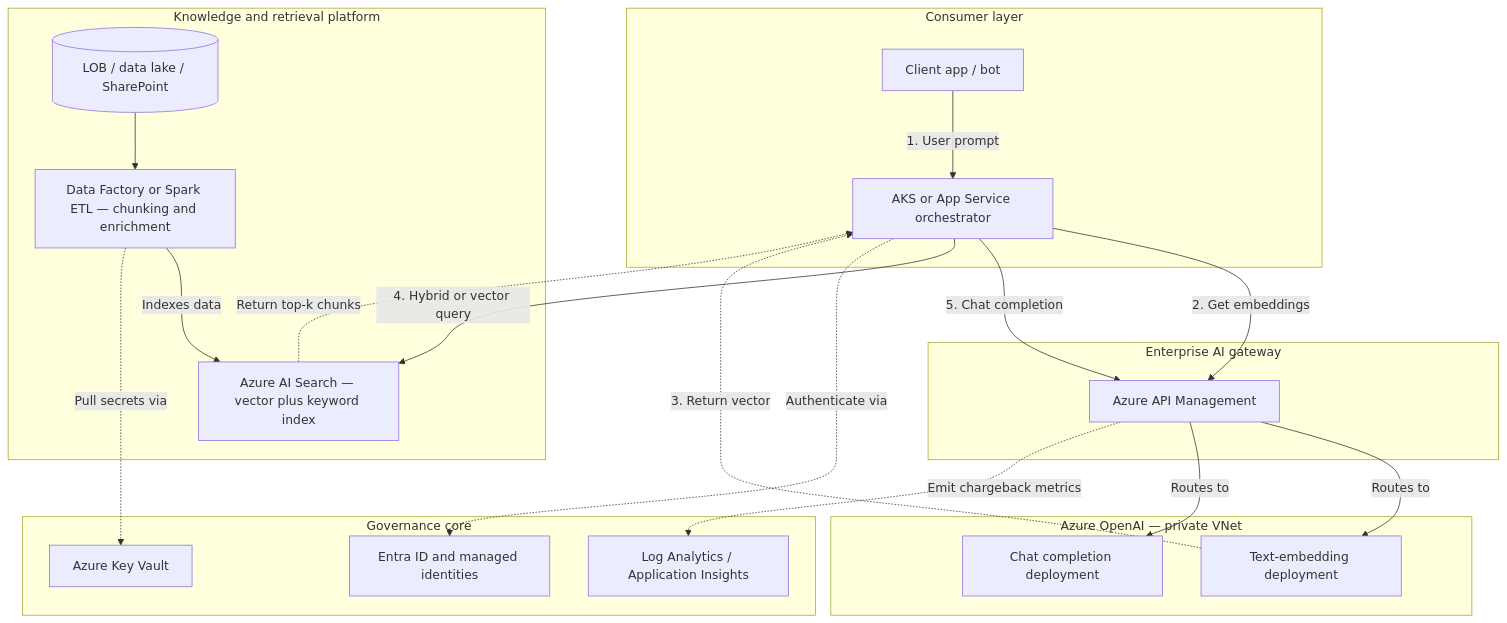
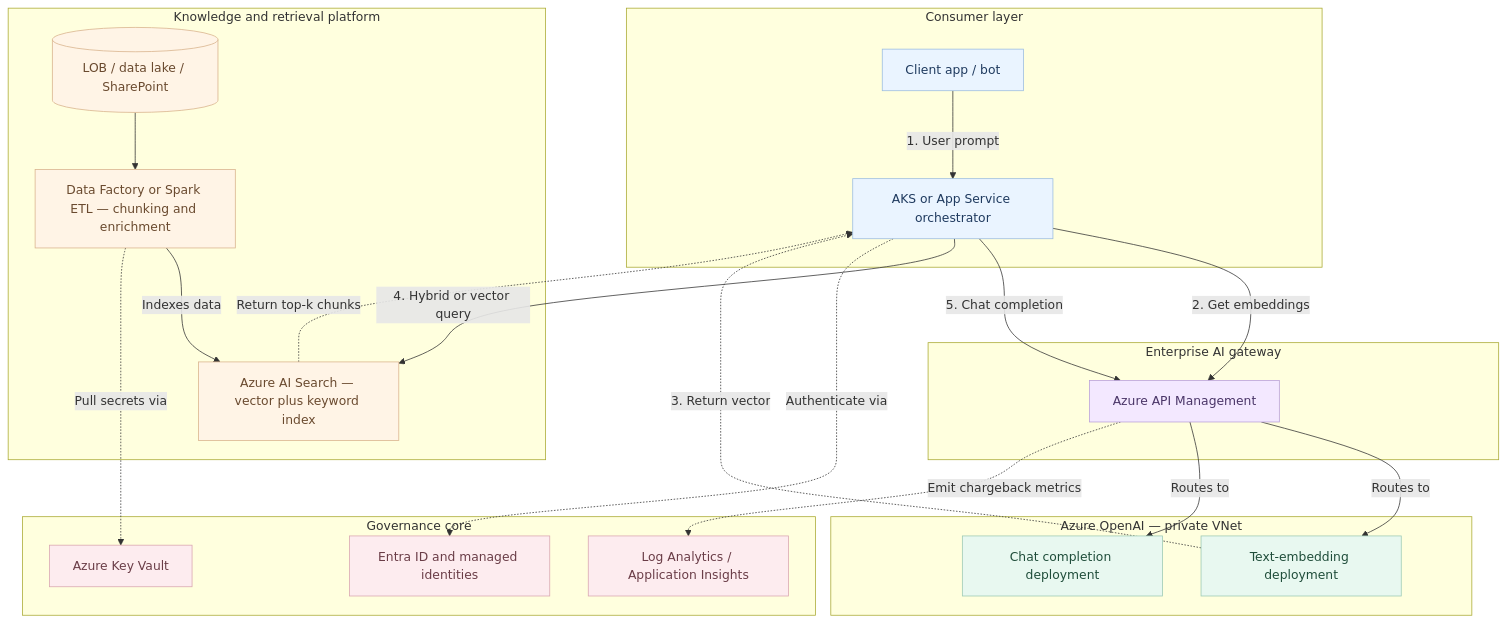
Before and after one commit to SwamysArchitectJourney-2026/system-design-playbook: the diagram in src/99_interview-qna/09_solution-architect-platform-ai-azure/02_core_questions/enterprise-rag-platform-principal/architecture.md, drawn with Mermaid. The commit also changed other lines of this file and 5 other files, not shown here.

Commit message:
Enhance payment system interview resources: add mermaid diagrams, improve documentation structure, and clarify module navigation

````diff
--- a/src/99_interview-qna/09_solution-architect-platform-ai-azure/02_core_questions/enterprise-rag-platform-principal/architecture.md
+++ b/src/99_interview-qna/09_solution-architect-platform-ai-azure/02_core_questions/enterprise-rag-platform-principal/architecture.md
@@ -20,42 +20,62 @@
 ```mermaid
+---
+config:
+  theme: mc
+  layout: dagre
+---
 flowchart TD
+
+  %% Soft pastel styling
+  classDef clientStyle fill:#EAF4FF,stroke:#9BBCE0,color:#1F3A5F,stroke-width:1px;
+  classDef gatewayStyle fill:#F3E8FF,stroke:#B9A0D9,color:#4A3568,stroke-width:1px;
+  classDef aiStyle fill:#E8F8F0,stroke:#9CC9B3,color:#1F4D3A,stroke-width:1px;
+  classDef dataStyle fill:#FFF4E6,stroke:#D9B38C,color:#6A4A2F,stroke-width:1px;
+  classDef govStyle fill:#FDECEF,stroke:#D9A6B0,color:#6A3D47,stroke-width:1px;
+
   subgraph client [Consumer layer]
     APP[Client app / bot]
     AKS[AKS or App Service orchestrator]
     APP -->|1. User prompt| AKS
   end
 
   subgraph gateway [Enterprise AI gateway]
     APIM[Azure API Management]
     AKS -->|2. Get embeddings| APIM
     AKS -->|5. Chat completion| APIM
   end
 
   subgraph ai_platform [Azure OpenAI — private VNet]
     EMB[Text-embedding deployment]
     LLM[Chat completion deployment]
     APIM -->|Routes to| EMB
     APIM -->|Routes to| LLM
   end
 
   subgraph data_platform [Knowledge and retrieval platform]
     SRC[(LOB / data lake / SharePoint)]
     ADF[Data Factory or Spark ETL — chunking and enrichment]
     AIS[Azure AI Search — vector plus keyword index]
     SRC --> ADF
     ADF -->|Indexes data| AIS
     AKS -->|4. Hybrid or vector query| AIS
   end
 
   subgraph gov [Governance core]
     ENTRA[Entra ID and managed identities]
     KV[Azure Key Vault]
     LOG[Log Analytics / Application Insights]
   end
 
   EMB -.->|3. Return vector| AKS
   AIS -.->|Return top-k chunks| AKS
   APIM -.->|Emit chargeback metrics| LOG
   AKS -.->|Authenticate via| ENTRA
   ADF -.->|Pull secrets via| KV
+
+  %% Apply styles
+  class APP,AKS clientStyle;
+  class APIM gatewayStyle;
+  class EMB,LLM aiStyle;
+  class SRC,ADF,AIS dataStyle;
+  class ENTRA,KV,LOG govStyle;
 ```
````
